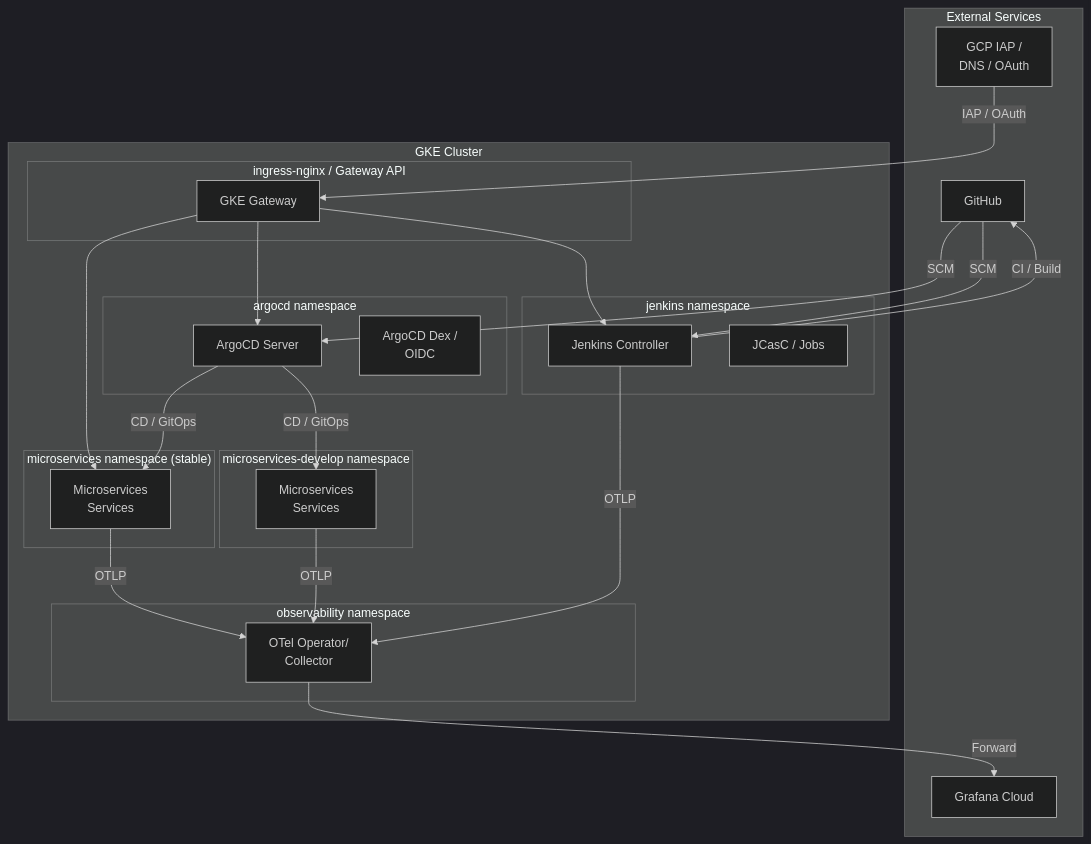
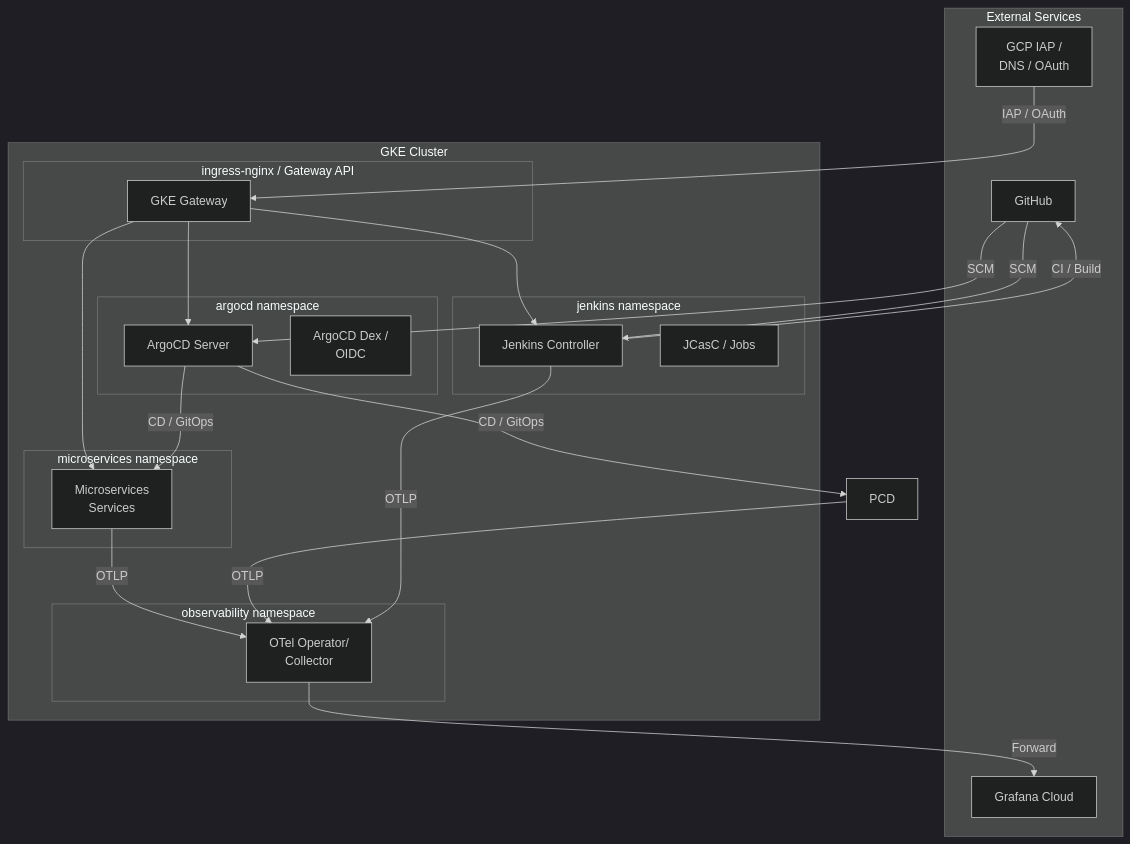
Before and after one commit to nubenetes/jenkins-2026: the first of 5 diagrams in README.md, drawn with Mermaid (dark theme). The commit also changed other lines of this file and 28 other files, not shown here.

````diff
--- a/README.md
+++ b/README.md
@@ -97,50 +96,46 @@
 ```mermaid
 graph TB
     subgraph "External Services"
         GH["GitHub"]
         GC["Grafana Cloud"]
         GCP["GCP IAP /<br/>DNS / OAuth"]
     end
 
     subgraph "GKE Cluster"
         subgraph "ingress-nginx / Gateway API"
             GW["GKE Gateway"]
         end
 
         subgraph "jenkins namespace"
             J["Jenkins Controller"]
             JC["JCasC / Jobs"]
         end
 
         subgraph "argocd namespace"
             ACD["ArgoCD Server"]
             DEX["ArgoCD Dex /<br/>OIDC"]
         end
 
         subgraph "observability namespace"
             OTEL["OTel Operator/<br/>Collector"]
         end
 
-        subgraph "microservices namespace (stable)"
+        subgraph "microservices namespace"
             PCS["Microservices<br/>Services"]
-        end
-
-        subgraph "microservices-develop namespace"
-            PCD["Microservices<br/>Services"]
         end
     end
 
     GH -->|SCM| J
     GH -->|SCM| ACD
     GCP -->|"IAP / OAuth"| GW
     GW --> J
     GW --> ACD
     GW --> PCS
     J -->|"CI / Build"| GH
     ACD -->|"CD / GitOps"| PCS
     ACD -->|"CD / GitOps"| PCD
     PCS -->|OTLP| OTEL
     PCD -->|OTLP| OTEL
     J -->|OTLP| OTEL
     OTEL -->|Forward| GC
 ```
````
